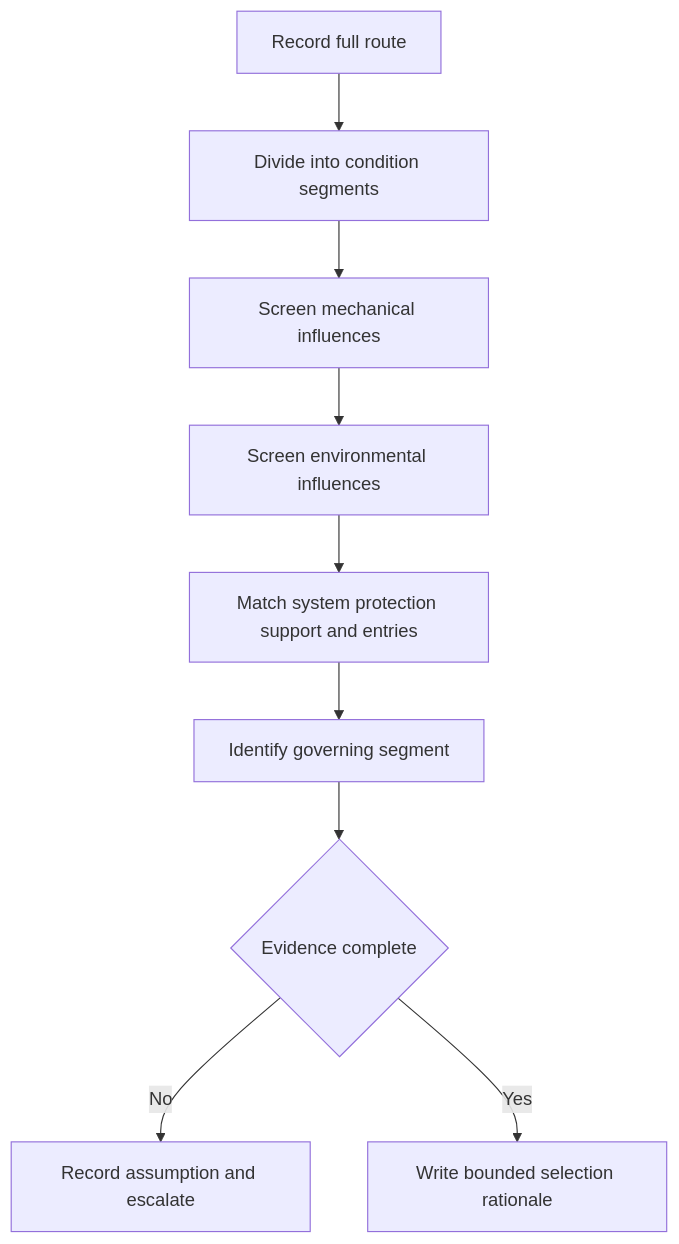
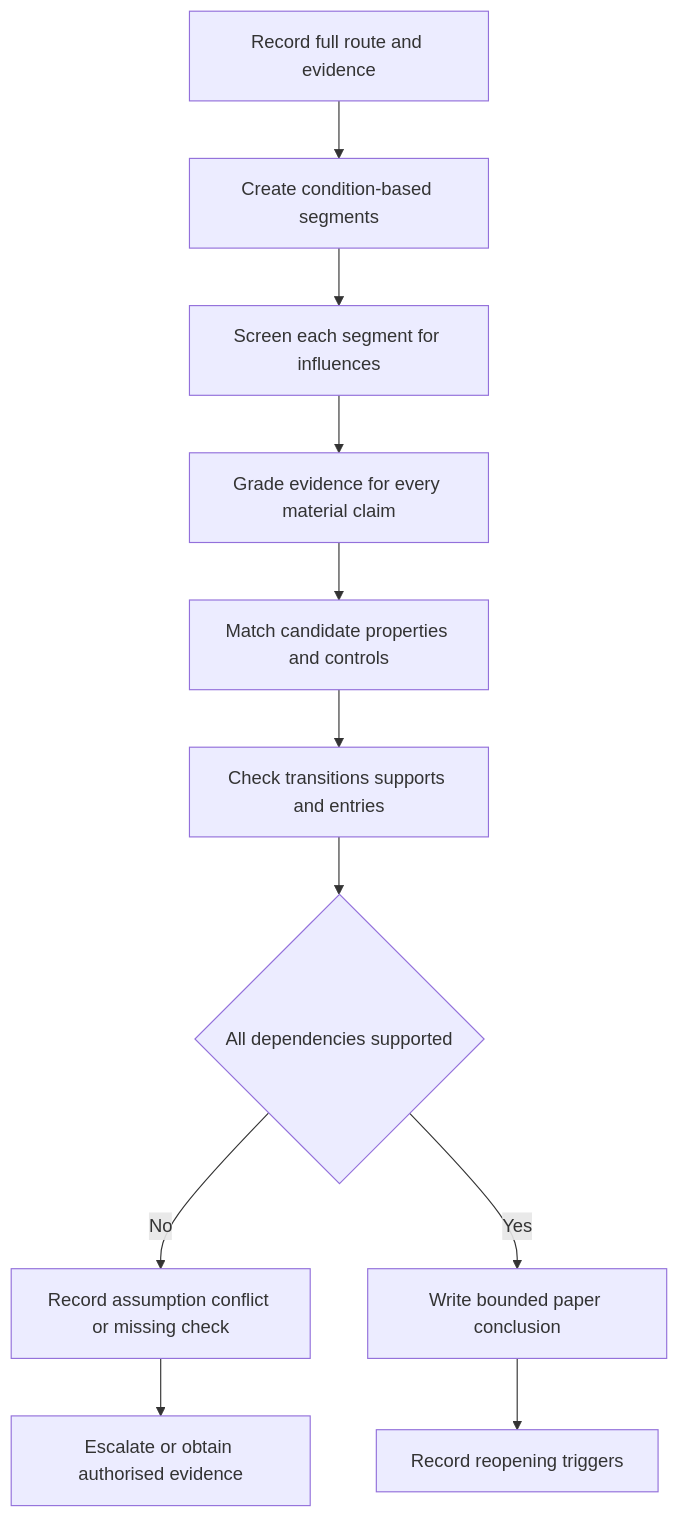
The first of 2 diagrams in docs/learning-plans/6-week/modules/day-25-wiring-systems-mechanical-protection-and-environmental-influences.md (andrew3stedall/capstone), drawn with Mermaid before and after one commit. The commit also changed other lines of this file and 4 other files, not shown here.

Commit message:
Improve Day 25 wiring-system route evidence reasoning

````diff
--- a/docs/learning-plans/6-week/modules/day-25-wiring-systems-mechanical-protection-and-environmental-influences.md
+++ b/docs/learning-plans/6-week/modules/day-25-wiring-systems-mechanical-protection-and-environmental-influences.md
@@ -53,11 +104,13 @@
 ```mermaid
 flowchart TD
-    A[Record full route] --> B[Divide into condition segments]
-    B --> C[Screen mechanical influences]
-    C --> D[Screen environmental influences]
-    D --> E[Match system protection support and entries]
-    E --> F[Identify governing segment]
-    F --> G{Evidence complete}
-    G -->|No| H[Record assumption and escalate]
-    G -->|Yes| I[Write bounded selection rationale]
+    R1[Record full route and evidence] --> R2[Create condition-based segments]
+    R2 --> R3[Screen each segment for influences]
+    R3 --> R4[Grade evidence for every material claim]
+    R4 --> R5[Match candidate properties and controls]
+    R5 --> R6[Check transitions supports and entries]
+    R6 --> R7{All dependencies supported}
+    R7 -->|No| R8[Record assumption conflict or missing check]
+    R7 -->|Yes| R9[Write bounded paper conclusion]
+    R8 --> R10[Escalate or obtain authorised evidence]
+    R9 --> R11[Record reopening triggers]
 ```
````
